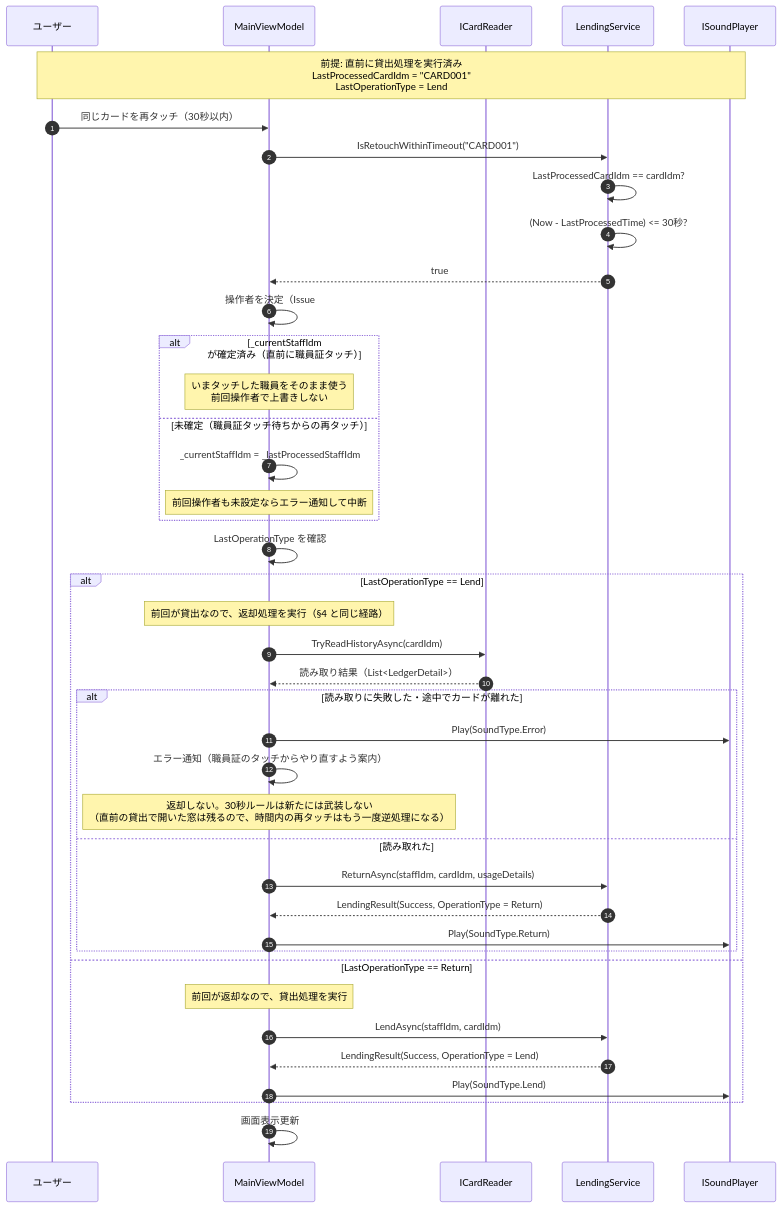
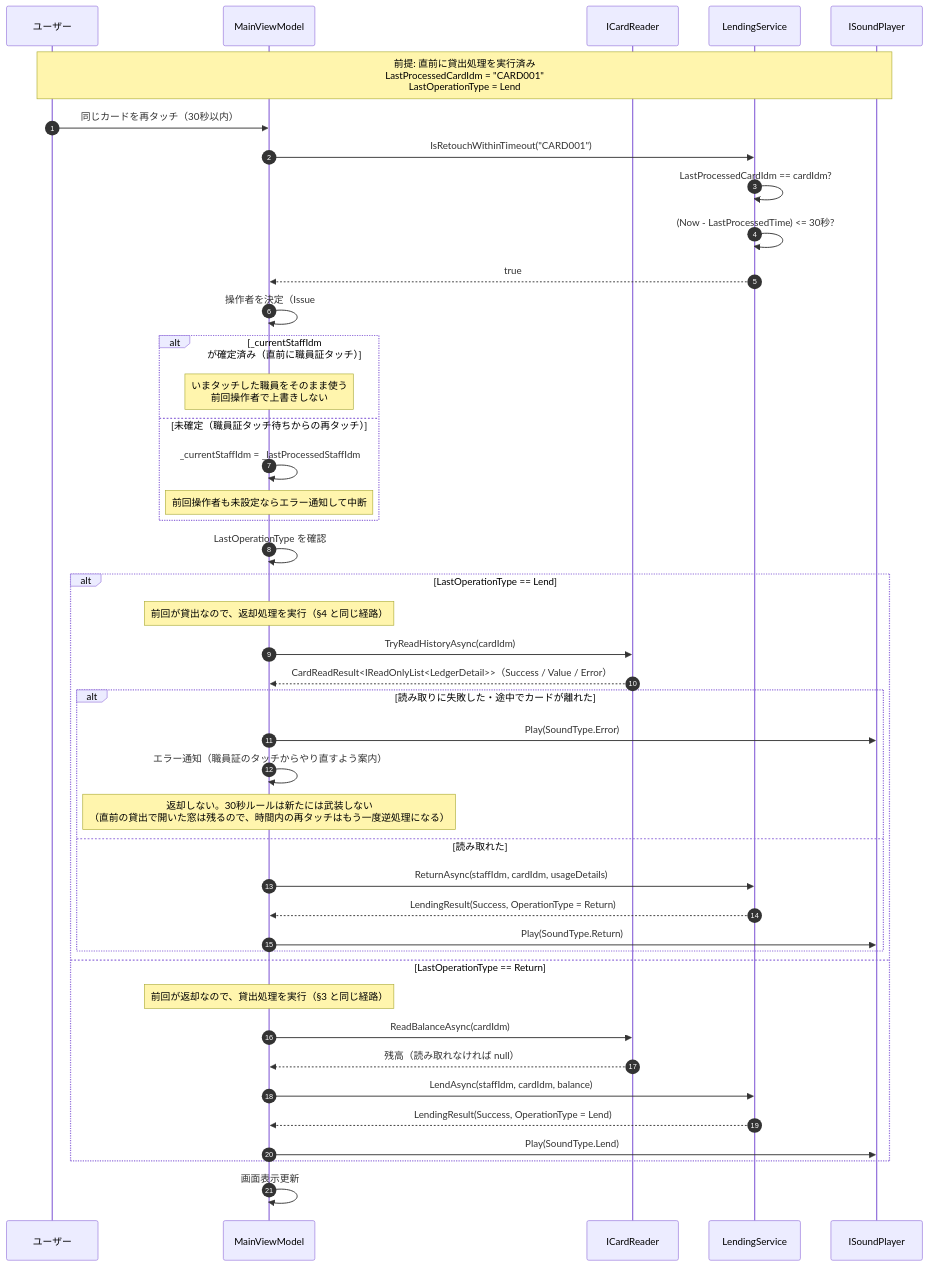
Before and after one commit to kuwayamamasayuki/ICCardManager: the fifth of 17 diagrams in ICCardManager/docs/design/06_シーケンス図.md, drawn with Mermaid. The commit also changed other lines of this file, not shown here.

First line of the commit message:
docs: シーケンス図のレビュー指摘 2 回目を反映した（#2310）

````diff
--- a/ICCardManager/docs/design/06_シーケンス図.md
+++ b/ICCardManager/docs/design/06_シーケンス図.md
@@ -390,51 +406,53 @@
 ```mermaid
 sequenceDiagram
     autonumber
     participant User as ユーザー
     participant VM as MainViewModel
     participant Reader as ICardReader
     participant LS as LendingService
     participant Sound as ISoundPlayer
 
     Note over User,Sound: 前提: 直前に貸出処理を実行済み<br/>LastProcessedCardIdm = "CARD001"<br/>LastOperationType = Lend
 
     User->>VM: 同じカードを再タッチ（30秒以内）
 
     VM->>LS: IsRetouchWithinTimeout("CARD001")
     LS->>LS: LastProcessedCardIdm == cardIdm?
     LS->>LS: (Now - LastProcessedTime) <= 30秒?
     LS-->>VM: true
 
     VM->>VM: 操作者を決定（Issue #1729）
 
     alt _currentStaffIdm が確定済み（直前に職員証タッチ）
         Note over VM: いまタッチした職員をそのまま使う<br/>前回操作者で上書きしない
     else 未確定（職員証タッチ待ちからの再タッチ）
         VM->>VM: _currentStaffIdm = _lastProcessedStaffIdm
         Note over VM: 前回操作者も未設定ならエラー通知して中断
     end
 
     VM->>VM: LastOperationType を確認
 
     alt LastOperationType == Lend
         Note over VM: 前回が貸出なので、返却処理を実行（§4 と同じ経路）
         VM->>Reader: TryReadHistoryAsync(cardIdm)
-        Reader-->>VM: 読み取り結果（List<LedgerDetail>）
+        Reader-->>VM: CardReadResult<IReadOnlyList<LedgerDetail>>（Success / Value / Error）
         alt 読み取りに失敗した・途中でカードが離れた
             VM->>Sound: Play(SoundType.Error)
             VM->>VM: エラー通知（職員証のタッチからやり直すよう案内）
             Note over VM: 返却しない。30秒ルールは新たには武装しない<br/>（直前の貸出で開いた窓は残るので、時間内の再タッチはもう一度逆処理になる）
         else 読み取れた
             VM->>LS: ReturnAsync(staffIdm, cardIdm, usageDetails)
             LS-->>VM: LendingResult(Success, OperationType = Return)
             VM->>Sound: Play(SoundType.Return)
         end
     else LastOperationType == Return
-        Note over VM: 前回が返却なので、貸出処理を実行
-        VM->>LS: LendAsync(staffIdm, cardIdm)
+        Note over VM: 前回が返却なので、貸出処理を実行（§3 と同じ経路）
+        VM->>Reader: ReadBalanceAsync(cardIdm)
+        Reader-->>VM: 残高（読み取れなければ null）
+        VM->>LS: LendAsync(staffIdm, cardIdm, balance)
         LS-->>VM: LendingResult(Success, OperationType = Lend)
         VM->>Sound: Play(SoundType.Lend)
     end
 
     VM->>VM: 画面表示更新
 ```
````
